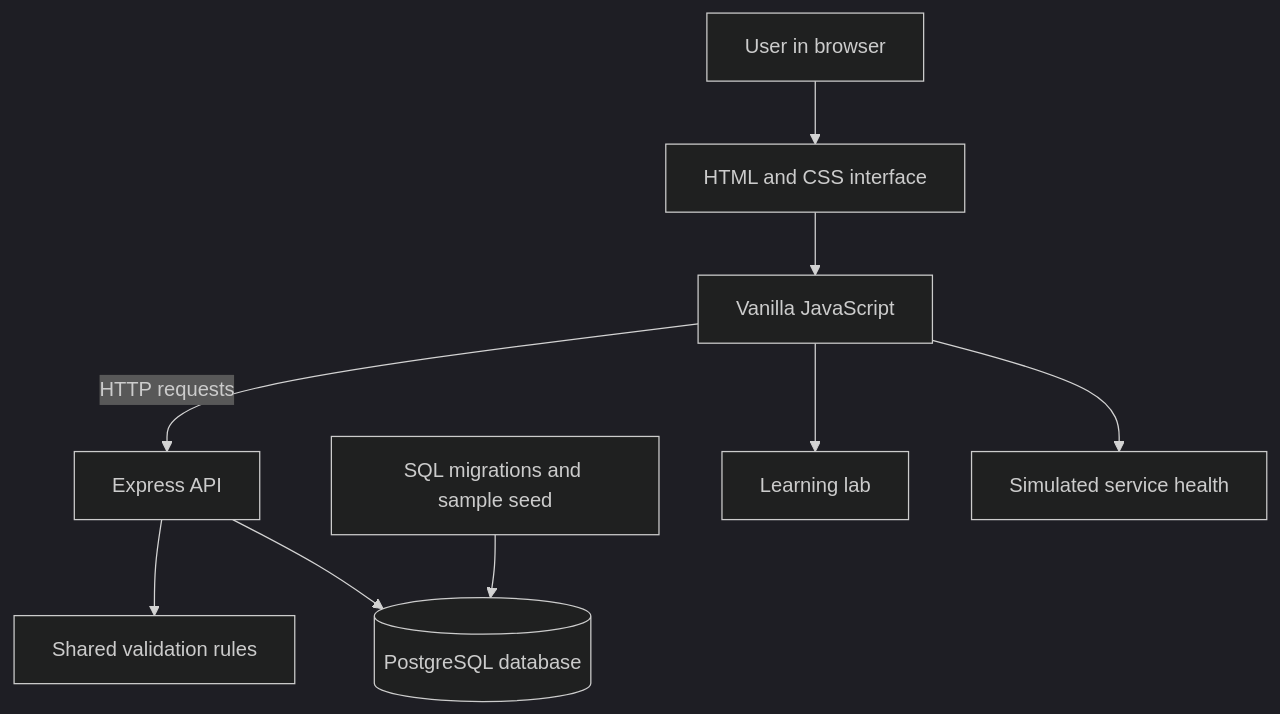
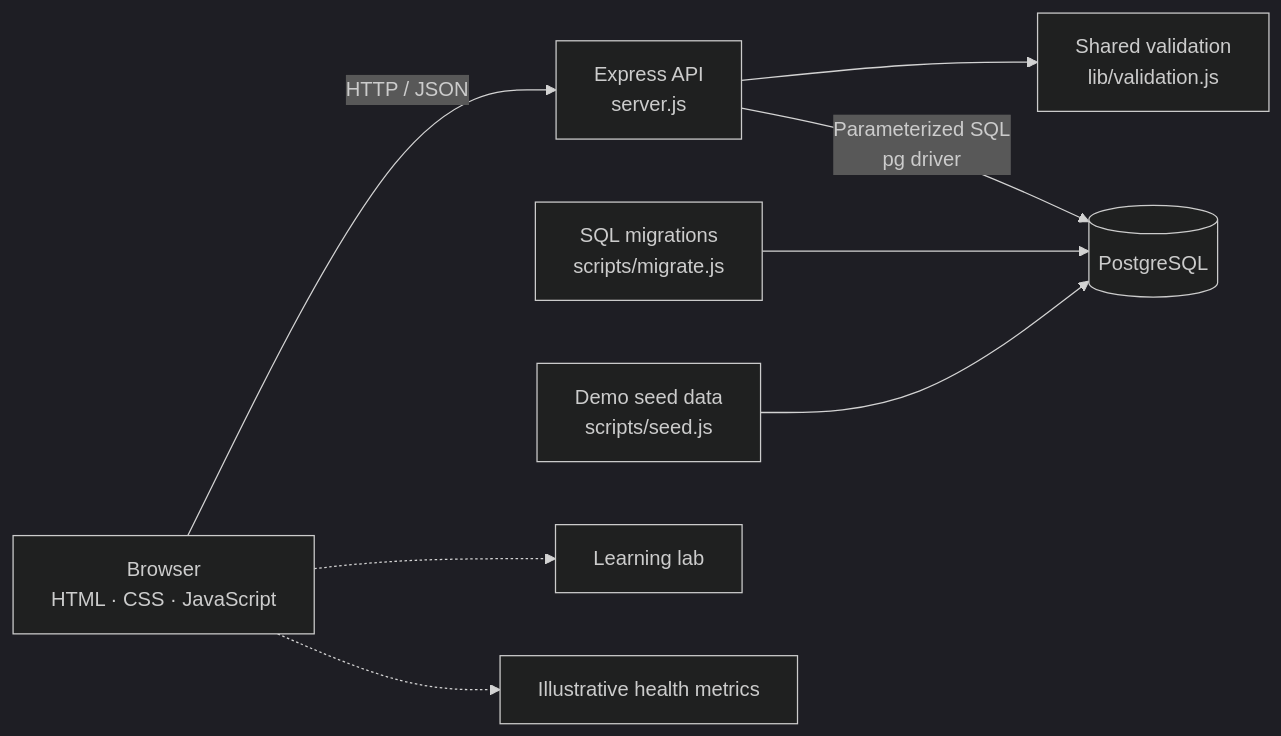
Before and after one commit to jothikapugaz/streamops: the diagram in README.md, drawn with Mermaid (dark theme). The commit also changed other lines of this file, not shown here.

````diff
--- a/README.md
+++ b/README.md
@@ -26,11 +19,10 @@
 ```mermaid
-flowchart TD
-    U["User in browser"] --> H["HTML and CSS interface"]
-    H --> J["Vanilla JavaScript"]
-    J -->|"HTTP requests"| E["Express API"]
-    E --> V["Shared validation rules"]
-    E --> P[("PostgreSQL database")]
-    M["SQL migrations and sample seed"] --> P
-    J --> L["Learning lab"]
-    J --> S["Simulated service health"]
+flowchart LR
+    B["Browser<br/>HTML · CSS · JavaScript"] -->|"HTTP / JSON"| A["Express API<br/>server.js"]
+    A --> V["Shared validation<br/>lib/validation.js"]
+    A -->|"Parameterized SQL<br/>pg driver"| DB[("PostgreSQL")]
+    M["SQL migrations<br/>scripts/migrate.js"] --> DB
+    S["Demo seed data<br/>scripts/seed.js"] --> DB
+    B -.-> L["Learning lab"]
+    B -.-> D["Illustrative health metrics"]
 ```
````
